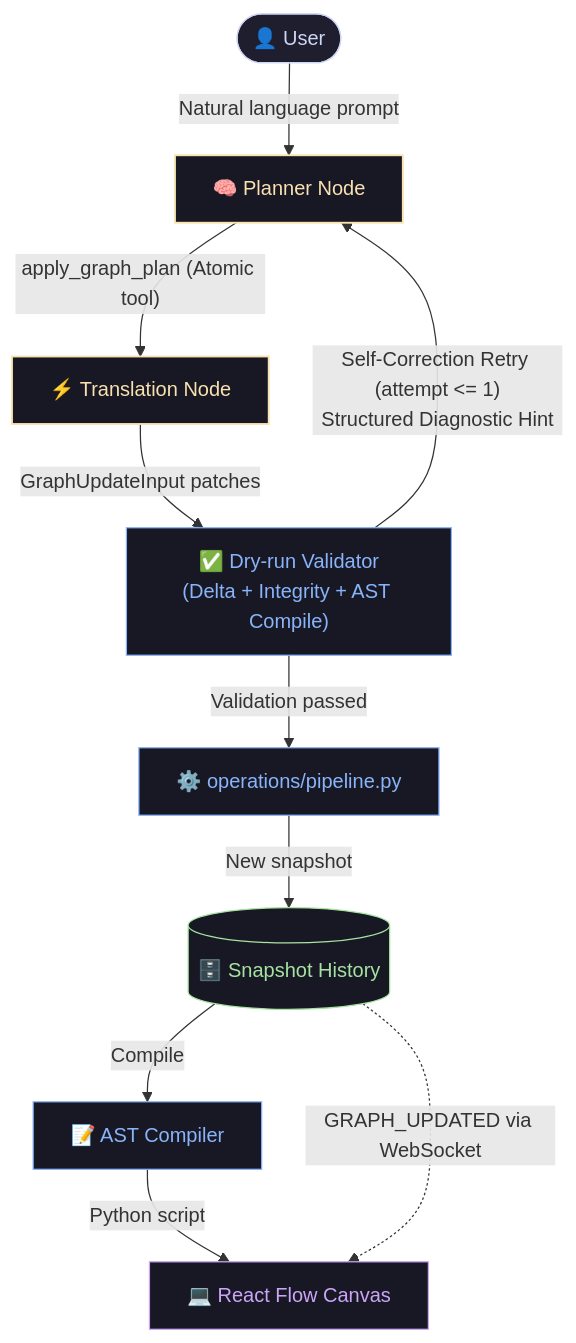
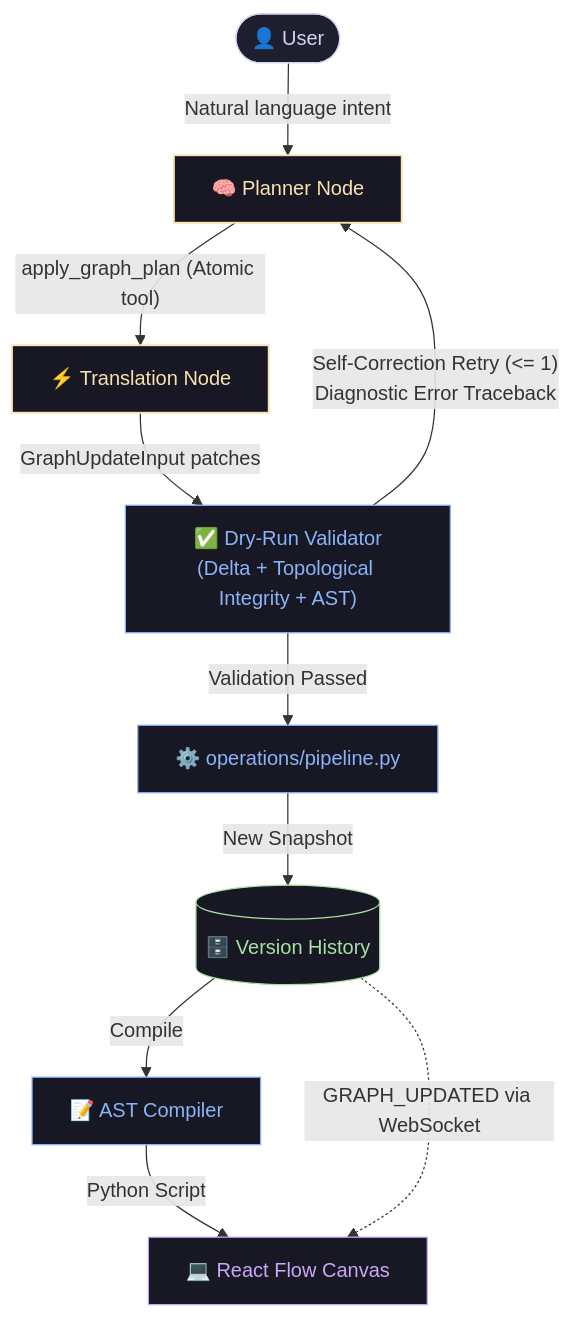
Before and after one commit to kszucher/graphboard: the diagram in README.md, drawn with Mermaid. The commit also changed other lines of this file, not shown here.

````diff
--- a/README.md
+++ b/README.md
@@ -123,25 +31,25 @@
 ```mermaid
 graph TD
-    %% Styling Classes
+    %% Styling
     classDef default fill:#1e1e2e,stroke:#cdd6f4,stroke-width:1px,color:#cdd6f4;
     classDef ui fill:#181825,stroke:#cba6f7,stroke-width:1px,color:#cba6f7;
     classDef copilot fill:#181825,stroke:#f9e2af,stroke-width:1.5px,color:#f9e2af;
     classDef backend fill:#181825,stroke:#89b4fa,stroke-width:1px,color:#89b4fa;
     classDef store fill:#181825,stroke:#a6e3a1,stroke-width:1px,color:#a6e3a1;
 
-    User([👤 User]) -->|"Natural language prompt"| Planner["🧠 Planner Node"]
+    User([👤 User]) -->|"Natural language intent"| Planner["🧠 Planner Node"]
     Planner -->|"apply_graph_plan (Atomic tool)"| Translator["⚡ Translation Node"]
-    Translator -->|"GraphUpdateInput patches"| Validator["✅ Dry-run Validator<br/>(Delta + Integrity + AST Compile)"]
-    Validator -->|"Self-Correction Retry (attempt <= 1)<br/>Structured Diagnostic Hint"| Planner
-    Validator -->|"Validation passed"| Operations["⚙️ operations/pipeline.py"]
-    Operations -->|"New snapshot"| History[("🗄️ Snapshot History")]
+    Translator -->|"GraphUpdateInput patches"| Validator["✅ Dry-Run Validator<br/>(Delta + Topological Integrity + AST)"]
+    Validator -->|"Self-Correction Retry (<= 1)<br/>Diagnostic Error Traceback"| Planner
+    Validator -->|"Validation Passed"| Operations["⚙️ operations/pipeline.py"]
+    Operations -->|"New Snapshot"| History[("🗄️ Version History")]
     History -->|"Compile"| Compiler["📝 AST Compiler"]
-    Compiler -->|"Python script"| Canvas["💻 React Flow Canvas"]
+    Compiler -->|"Python Script"| Canvas["💻 React Flow Canvas"]
     History -.->|"GRAPH_UPDATED via WebSocket"| Canvas
 
     class Planner,Translator copilot;
     class Validator,Operations,Compiler backend;
     class History store;
     class Canvas ui;
     class User default;
 ```
````
